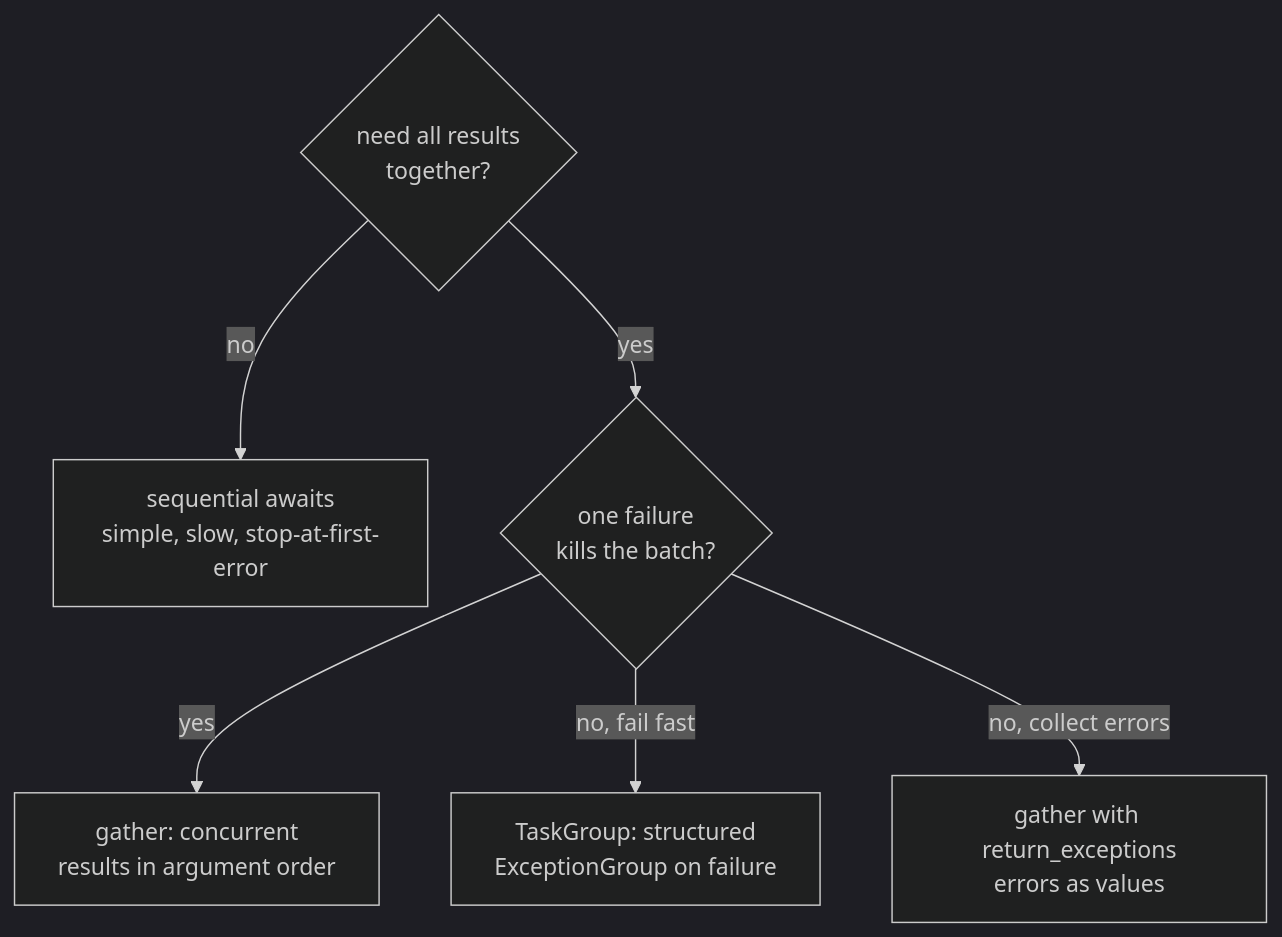
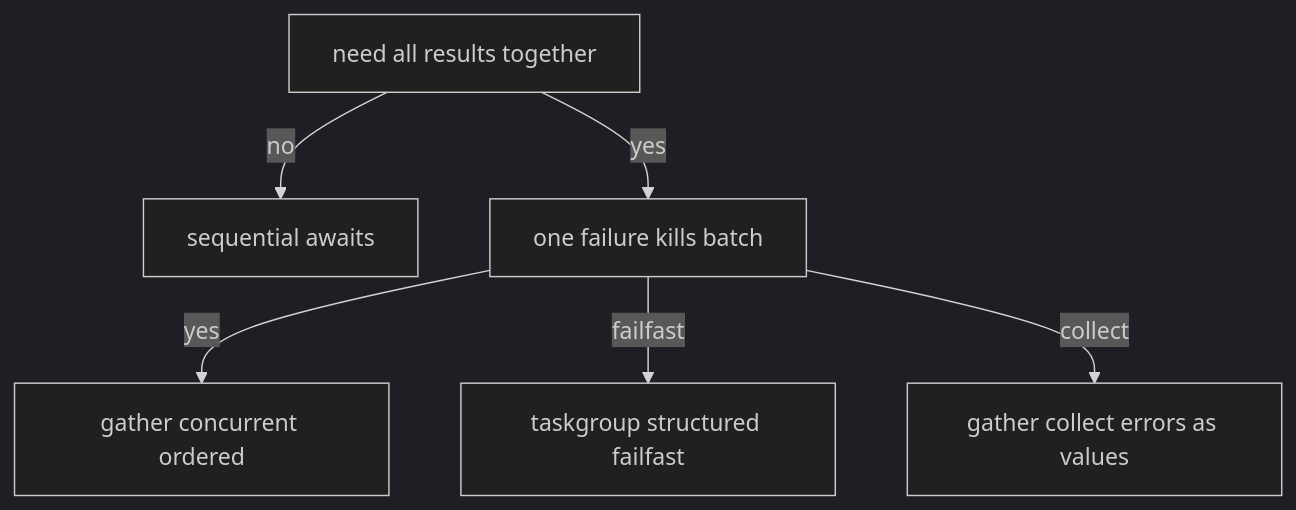
Before and after one commit to AslamNazeerShaikh/Python-Material: the third of 6 diagrams in docs/learning/15-asyncio.md, drawn with Mermaid (dark theme). The commit also changed other lines of this file and 16 other files, not shown here.

Commit message:
docs(learning): rebuild all mermaid in safe subset

````diff
--- a/docs/learning/15-asyncio.md
+++ b/docs/learning/15-asyncio.md
@@ -170,14 +171,14 @@
 ```mermaid
 flowchart TD
-    Q{"need all results<br/>together?"}
-    SEQ["sequential awaits<br/>simple, slow, stop-at-first-error"]
-    Q2{"one failure<br/>kills the batch?"}
-    GATHER["gather: concurrent<br/>results in argument order"]
-    TG["TaskGroup: structured<br/>ExceptionGroup on failure"]
-    RETEXC["gather with return_exceptions<br/>errors as values"]
-    Q -->|"no"| SEQ
-    Q -->|"yes"| Q2
-    Q2 -->|"yes"| GATHER
-    Q2 -->|"no, fail fast"| TG
-    Q2 -->|"no, collect errors"| RETEXC
+    Q[need all results together]
+    SEQ[sequential awaits]
+    Q2[one failure kills batch]
+    GATHER[gather concurrent ordered]
+    TG[taskgroup structured failfast]
+    RETEXC[gather collect errors as values]
+    Q -->|no| SEQ
+    Q -->|yes| Q2
+    Q2 -->|yes| GATHER
+    Q2 -->|failfast| TG
+    Q2 -->|collect| RETEXC
 ```
````
